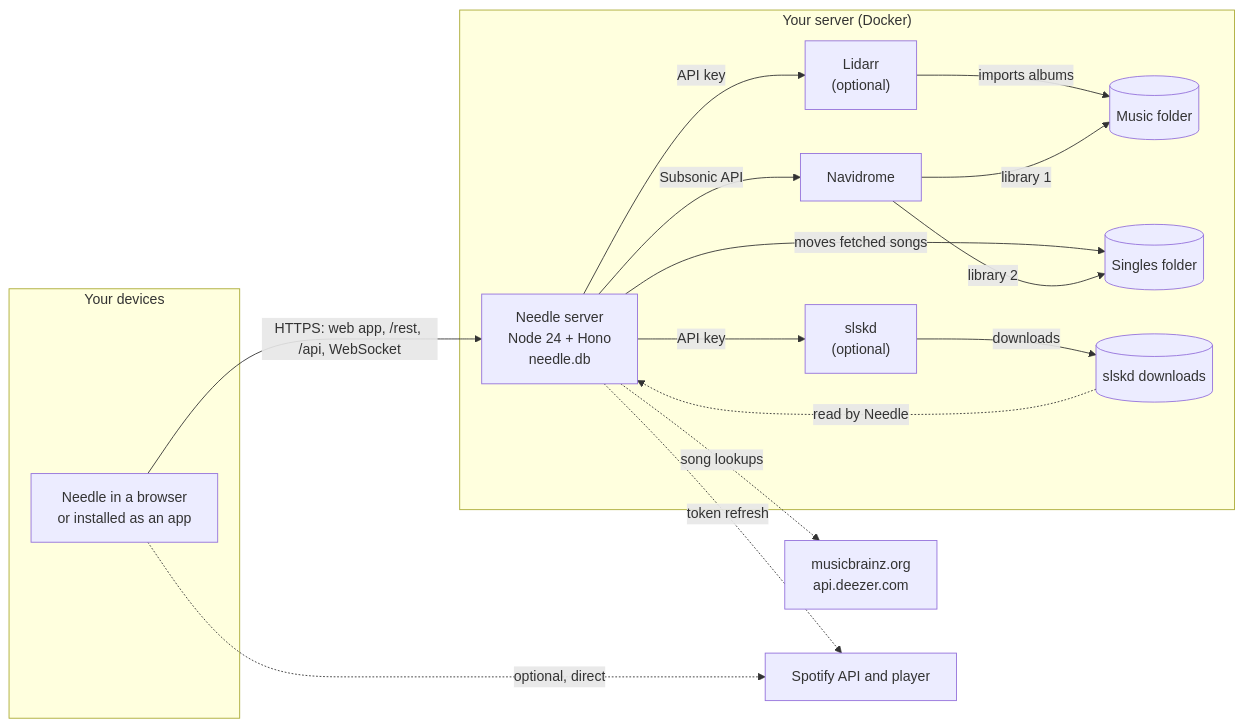
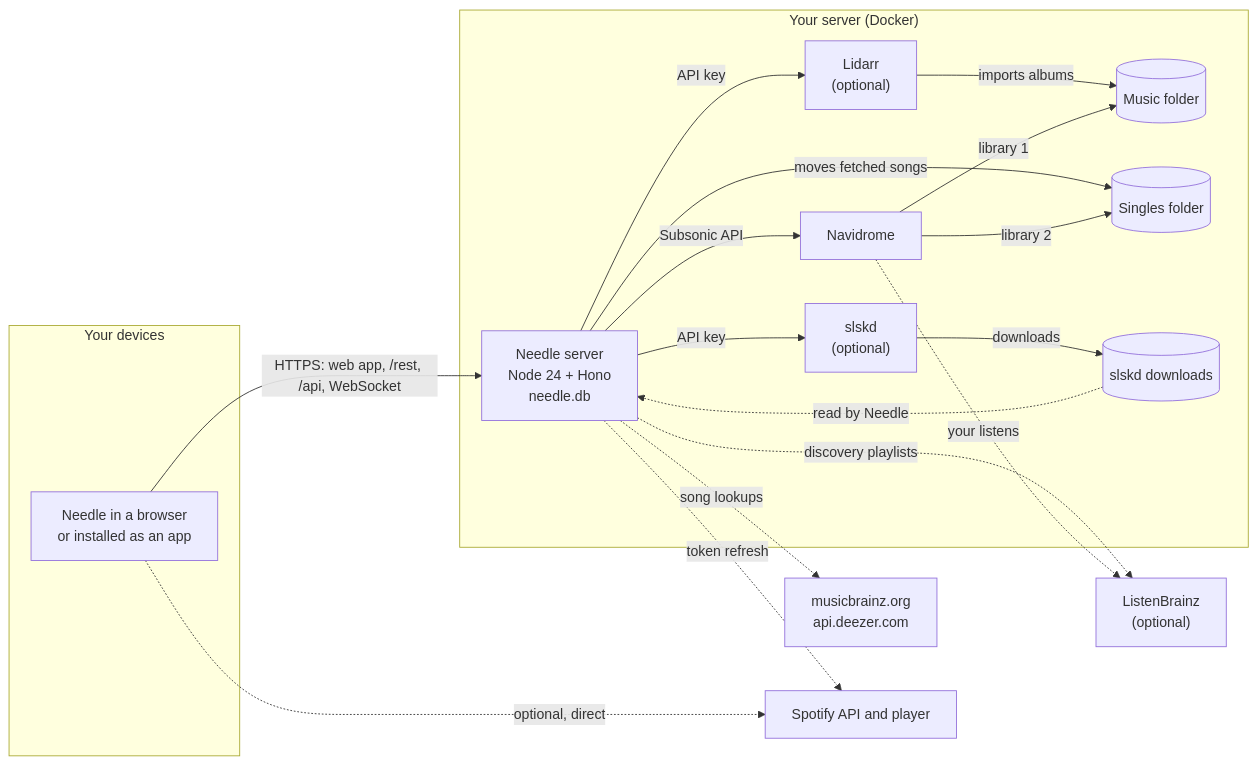
One commit to bugrauluyurt/needle changed the first of 2 diagrams in README.md. Above: the diagram before and after it, drawn with Mermaid. The commit also changed other lines of this file and 58 other files, not shown here.

````diff
--- a/README.md
+++ b/README.md
@@ -79,30 +83,32 @@
 ```mermaid
 flowchart LR
   subgraph devices["Your devices"]
     app["Needle in a browser<br/>or installed as an app"]
   end
 
   subgraph server["Your server (Docker)"]
     needle["Needle server<br/>Node 24 + Hono<br/>needle.db"]
     navidrome["Navidrome"]
     lidarr["Lidarr<br/>(optional)"]
     slskd["slskd<br/>(optional)"]
     music[("Music folder")]
     singles[("Singles folder")]
     downloads[("slskd downloads")]
   end
 
   app -- "HTTPS: web app, /rest, /api, WebSocket" --> needle
   needle -- "Subsonic API" --> navidrome
   needle -- "API key" --> lidarr
   needle -- "API key" --> slskd
   lidarr -- "imports albums" --> music
   slskd -- "downloads" --> downloads
   needle -- "moves fetched songs" --> singles
   downloads -. "read by Needle" .-> needle
   navidrome -- "library 1" --> music
   navidrome -- "library 2" --> singles
   needle -. "song lookups" .-> web["musicbrainz.org<br/>api.deezer.com"]
+  needle -. "discovery playlists" .-> lb["ListenBrainz<br/>(optional)"]
+  navidrome -. "your listens" .-> lb
   app -. "optional, direct" .-> spotify["Spotify API and player"]
   needle -. "token refresh" .-> spotify
 ```
````
